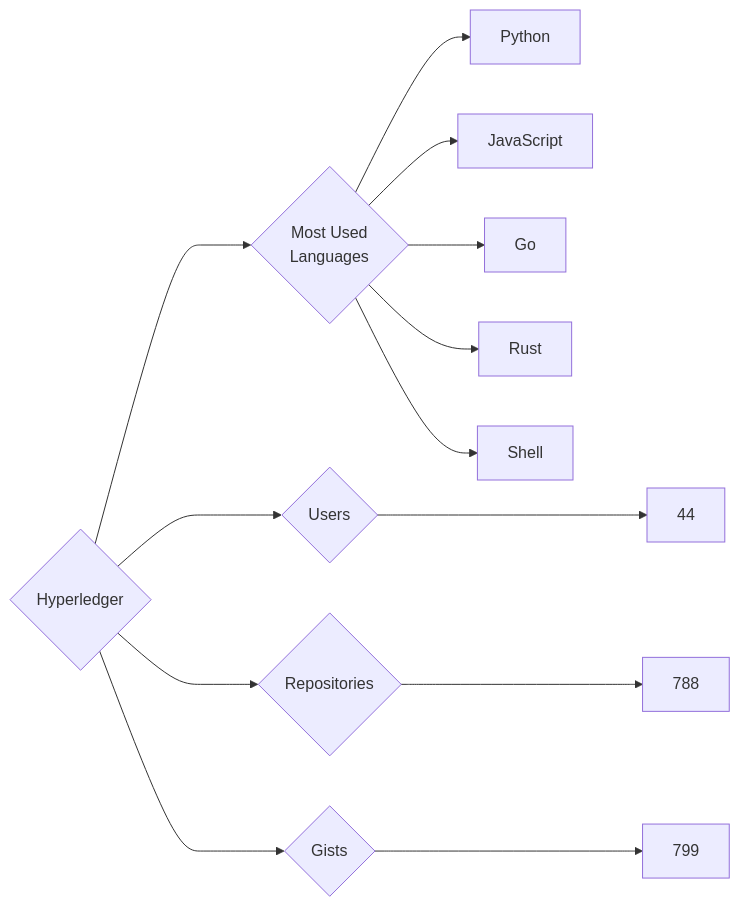
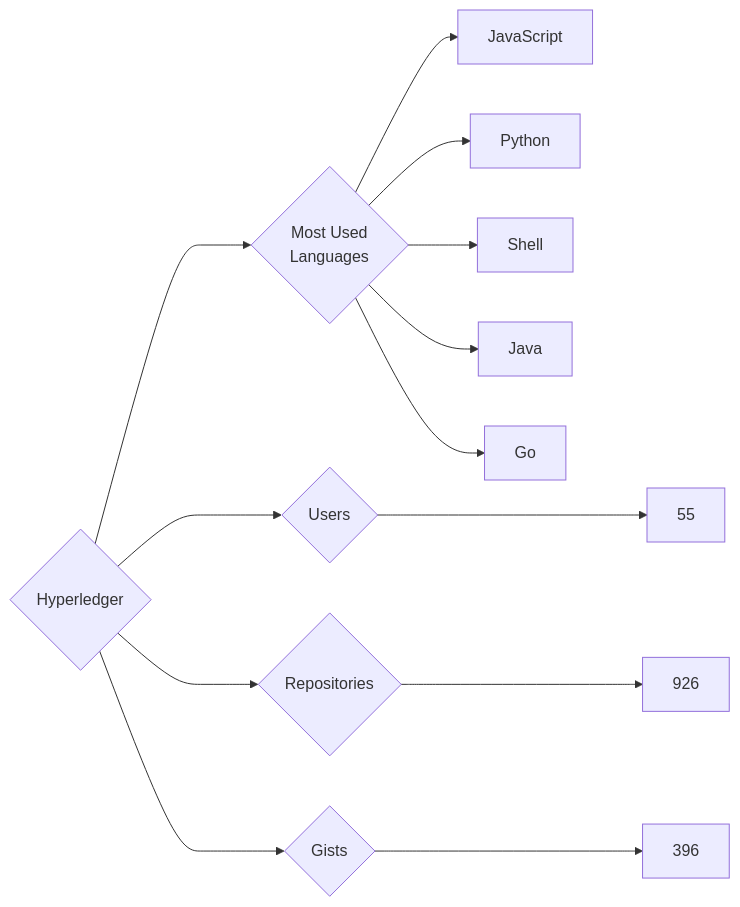
The diagram in targets/Hyperledger/README.md (trickest/insiders), drawn with Mermaid before and after one commit. The commit also changed 934 other files, not shown here.

````diff
--- a/targets/Hyperledger/README.md
+++ b/targets/Hyperledger/README.md
@@ -3,13 +3,13 @@
 ```mermaid
 graph LR
 COMPANY_NAME{Hyperledger}
-COMPANY_NAME ---> U{Users} ---> UN[44]
-COMPANY_NAME ---> R{Repositories} ---> RN[788]
-COMPANY_NAME ---> G{Gists} ---> GN[799]
+COMPANY_NAME ---> U{Users} ---> UN[55]
+COMPANY_NAME ---> R{Repositories} ---> RN[926]
+COMPANY_NAME ---> G{Gists} ---> GN[396]
 COMPANY_NAME ---> ML{Most Used<br>Languages}
+ML --> JavaScript[JavaScript]
 ML --> Python[Python]
-ML --> JavaScript[JavaScript]
+ML --> Shell[Shell]
+ML --> Java[Java]
 ML --> Go[Go]
-ML --> Rust[Rust]
-ML --> Shell[Shell]
 ```
````
